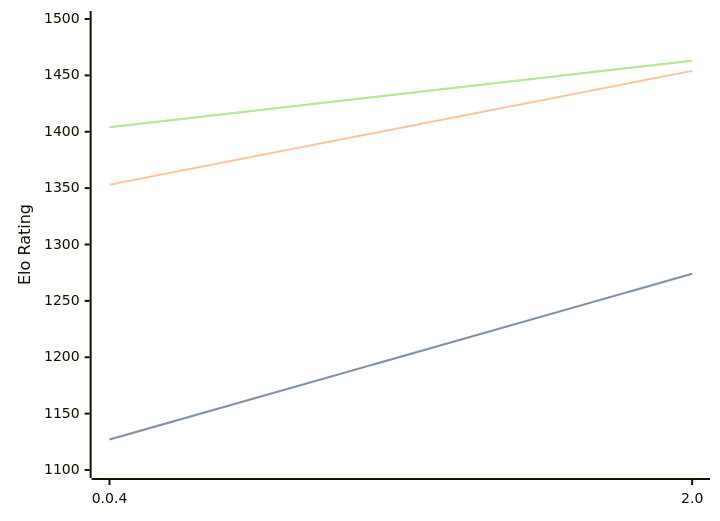
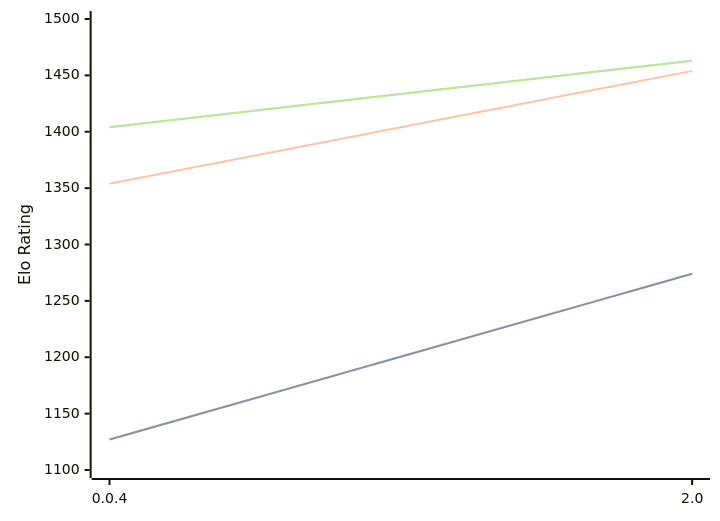
The third of 3 diagrams in engines/Oops!Mate.md (computer-chess-index/cci), drawn with Mermaid before and after one commit. The commit also changed other lines of this file, not shown here.

````diff
--- a/engines/Oops!Mate.md
+++ b/engines/Oops!Mate.md
@@ -85,11 +85,11 @@
 ```mermaid
 %%{init: {"theme":"base","themeVariables":{"seriesColors:['#a3a3a3','#222221','#faa371']}}}%%
 xychart-beta
   x-axis ["0.0.4", "2.0"]
   y-axis "Elo Rating" 1100 --> 1500
   line "STC (8.0+0.08s)" [1127, 1274]
   line "STC (8.0+0.08s)" [1127, 1274]
-  line "LTC (60.0+0.60s)" [1353, 1454]
+  line "LTC (60.0+0.60s)" [1354, 1454]
   line "VLTC (2m24s+1.12s)" [1404, 1463]
   line "VLTC (2m24s+1.12s)" [1404, 1463]
 ```
````
